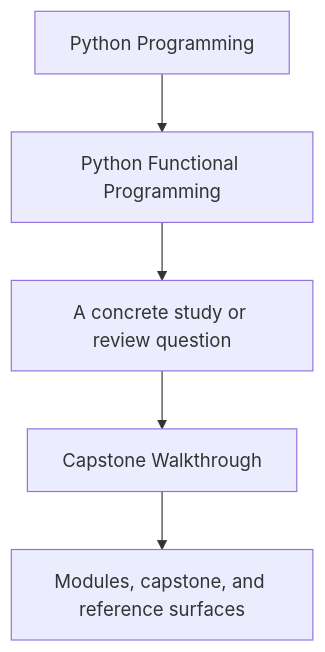
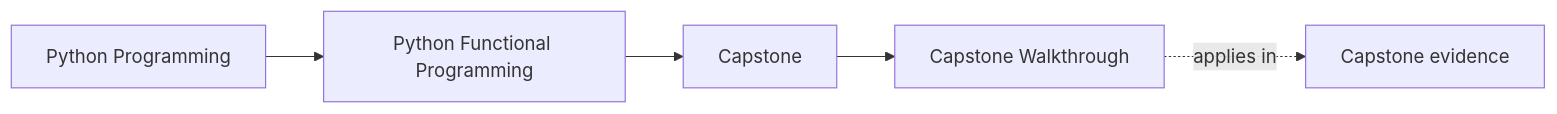
The first of 2 diagrams in programs/python-programming/python-functional-programming/course-book/capstone/capstone-walkthrough.md (bijux/bijux-masterclass), drawn with Mermaid before and after one commit. The commit also changed other lines of this file and 108 other files, not shown here.

Commit message:
docs(python-functional-programming): map capstone and advanced design surfaces

````diff
--- a/programs/python-programming/python-functional-programming/course-book/capstone/capstone-walkthrough.md
+++ b/programs/python-programming/python-functional-programming/course-book/capstone/capstone-walkthrough.md
@@ -7,7 +7,11 @@
 ```mermaid
-flowchart TD
-  family["Python Programming"] --> program["Python Functional Programming"]
-  program --> pressure["A concrete study or review question"]
-  pressure --> guide["Capstone Walkthrough"]
-  guide --> next["Modules, capstone, and reference surfaces"]
+graph LR
+  family["Python Programming"]
+  program["Python Functional Programming"]
+  section["Capstone"]
+  page["Capstone Walkthrough"]
+  capstone["Capstone evidence"]
+
+  family --> program --> section --> page
+  page -.applies in.-> capstone
 ```
````
